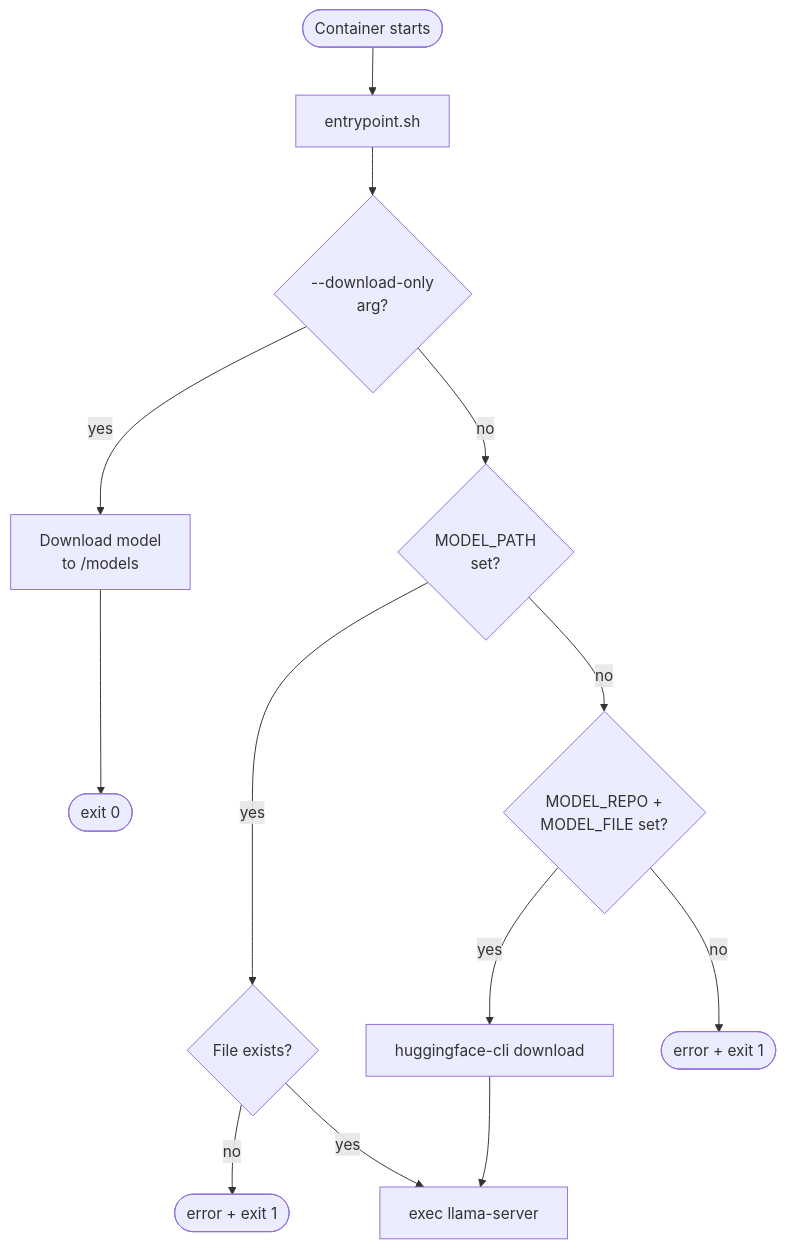
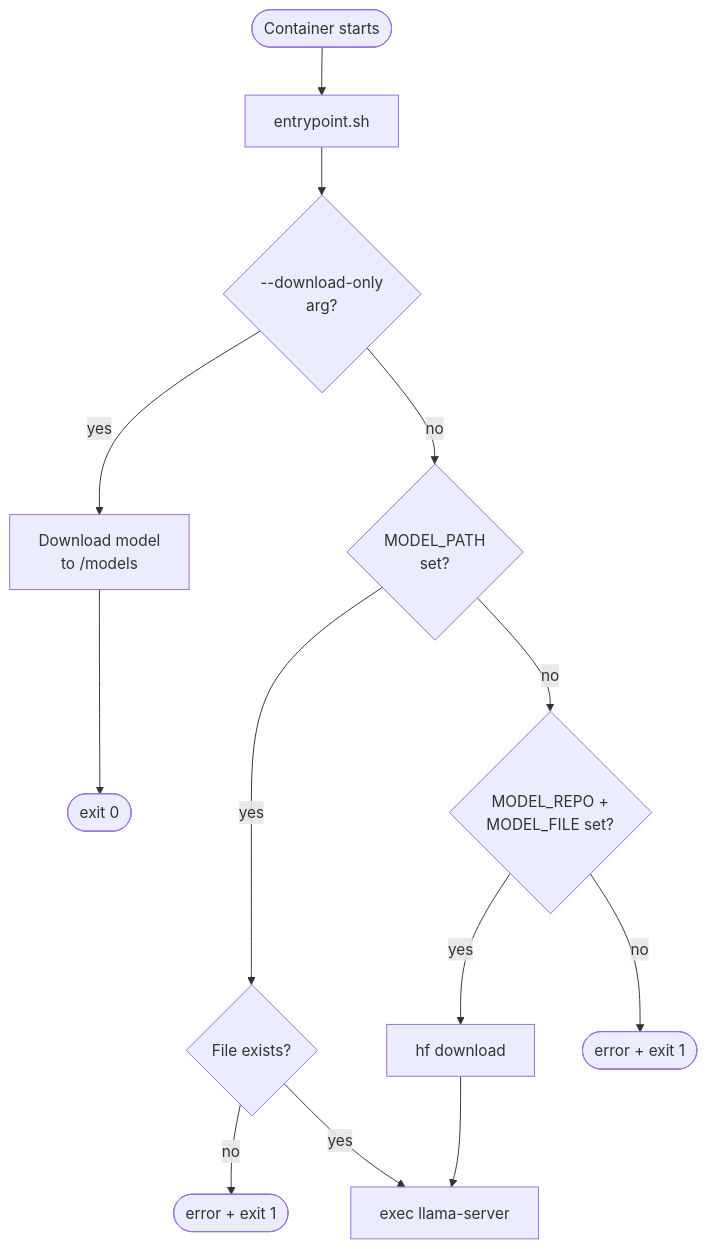
Before and after one commit to estebanjosse/bitnet-openai-proxy: the third of 3 diagrams in .kiro/specs/bitnet-openai-proxy/design.md, drawn with Mermaid. The commit also changed other lines of this file and 1 other file, not shown here.

Commit message:
spec: rename huggingface-cli to hf

````diff
--- a/.kiro/specs/bitnet-openai-proxy/design.md
+++ b/.kiro/specs/bitnet-openai-proxy/design.md
@@ -53,13 +53,13 @@
 ```mermaid
 flowchart TD
     START([Container starts]) --> EP[entrypoint.sh]
     EP --> CHECK_ARG{--download-only\narg?}
     CHECK_ARG -->|yes| DL[Download model\nto /models] --> EXIT([exit 0])
     CHECK_ARG -->|no| CHECK_PATH{MODEL_PATH\nset?}
     CHECK_PATH -->|yes| VALIDATE{File exists?}
     VALIDATE -->|no| ERR1([error + exit 1])
     VALIDATE -->|yes| LAUNCH[exec llama-server]
     CHECK_PATH -->|no| CHECK_HF{MODEL_REPO +\nMODEL_FILE set?}
-    CHECK_HF -->|yes| DOWNLOAD[huggingface-cli download] --> LAUNCH
+    CHECK_HF -->|yes| DOWNLOAD[hf download] --> LAUNCH
     CHECK_HF -->|no| ERR2([error + exit 1])
 ```
````
